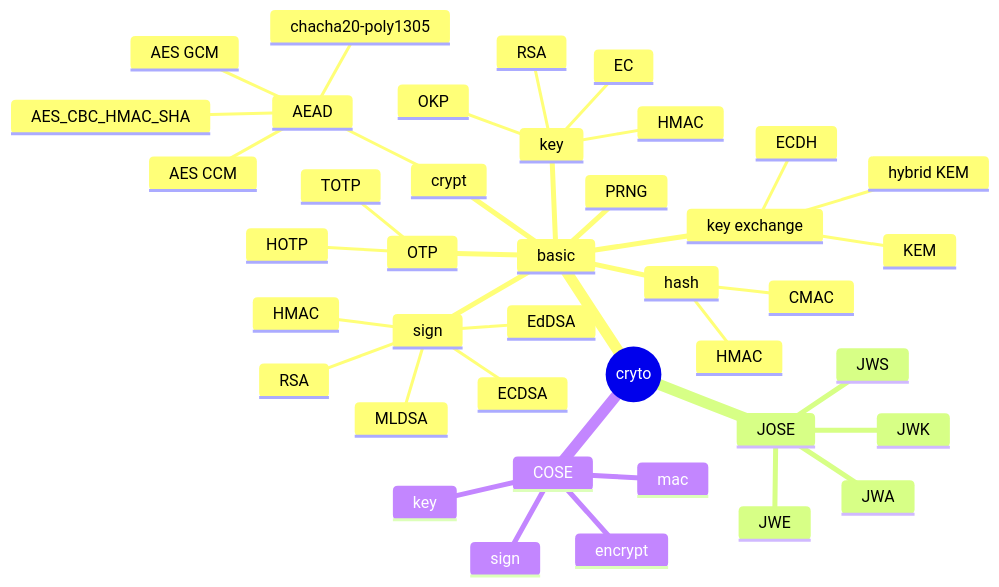
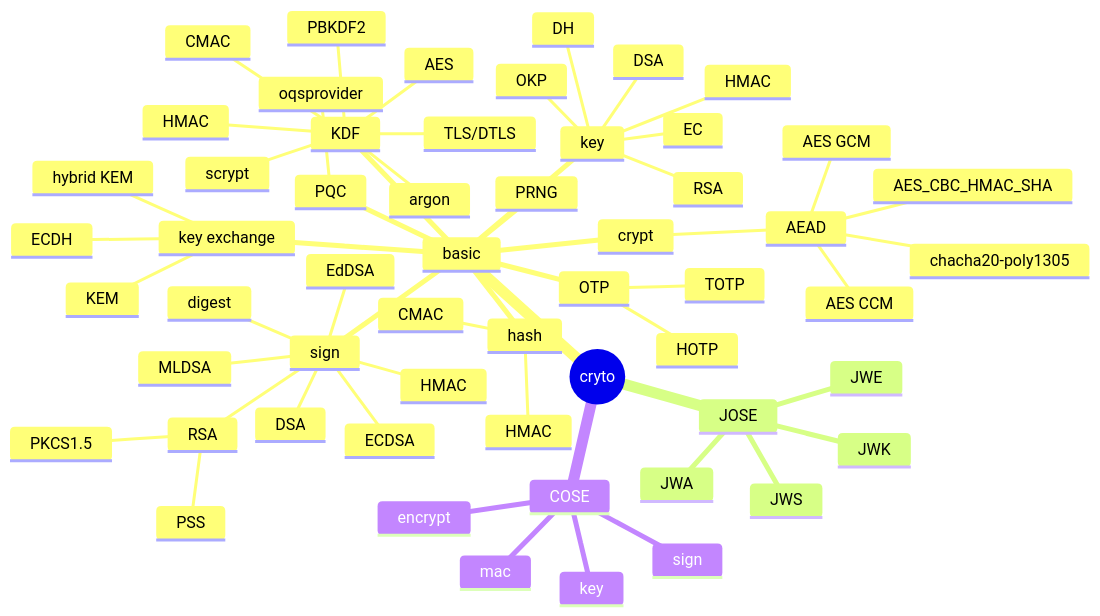
Before and after one commit to princeb612/hotplace: the diagram in sdk/crypto/README.md, drawn with Mermaid. The commit also changed other lines of this file and 46 other files, not shown here.

````diff
--- a/sdk/crypto/README.md
+++ b/sdk/crypto/README.md
@@ -3,43 +3,59 @@
 ```mermaid
 mindmap
   root((cryto))
     basic
       crypt
         AEAD
           AES GCM
           AES CCM
           chacha20-poly1305
           AES_CBC_HMAC_SHA
       hash
         HMAC
         CMAC
       sign
-        HMAC
-        RSA
+        digest
+        DSA
         ECDSA
         EdDSA
+        HMAC
         MLDSA
+        RSA
+          PKCS1.5
+          PSS
       key
         HMAC
-        RSA
+        DH
+        DSA
         EC
         OKP
+        RSA
       key exchange
         ECDH
         KEM
         hybrid KEM
+      KDF
+        HMAC
+        CMAC
+        AES
+        argon
+        PBKDF2
+        scrypt
+        TLS/DTLS
+      PQC
+        oqsprovider
       PRNG
       OTP
         HOTP
         TOTP
     JOSE
       JWS
       JWE
       JWA
       JWK
     COSE
       encrypt
       sign
       mac
       key
 ```
````
